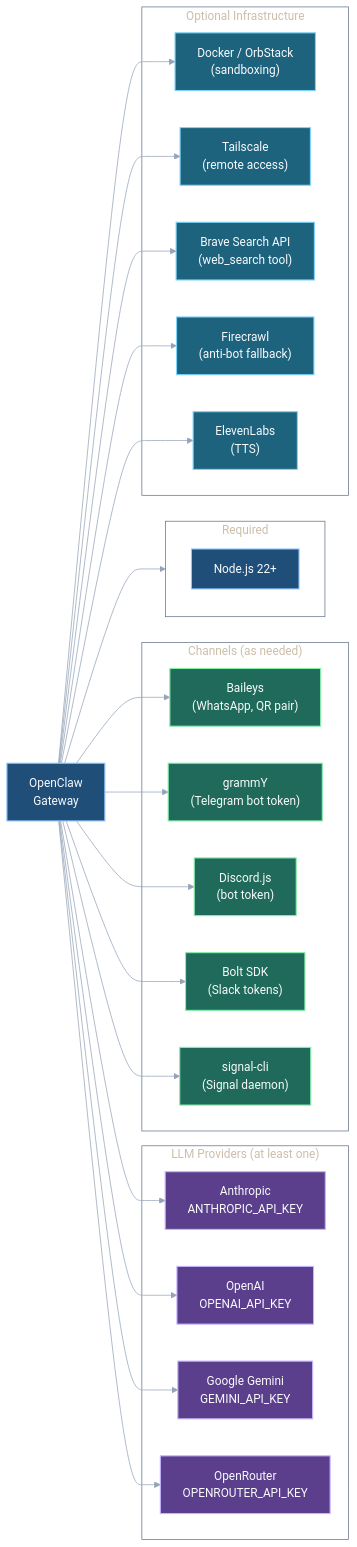
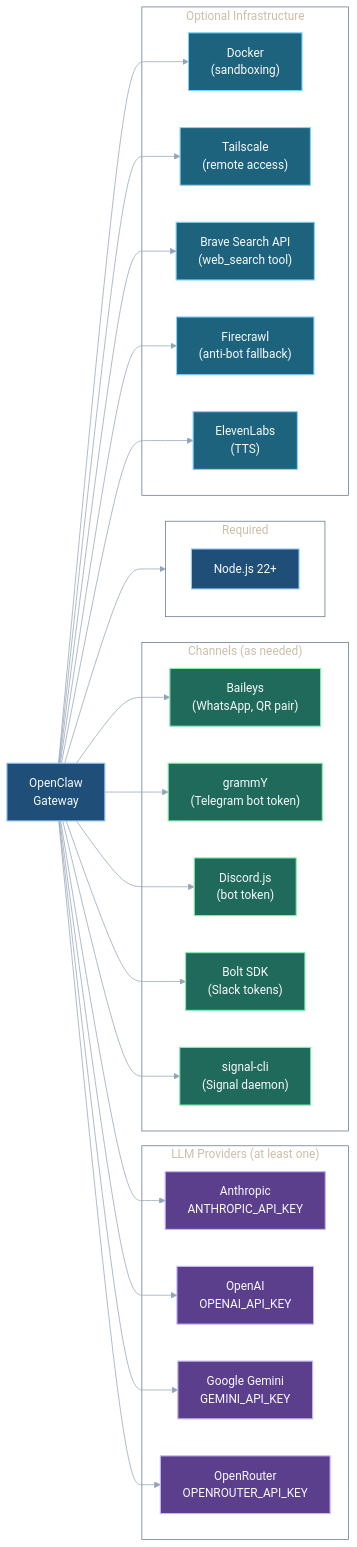
The fourth of 17 diagrams in content/docs/architecture.md (IT-HUSET/openclaw-guide), drawn with Mermaid before and after one commit. The commit also changed other lines of this file and 14 other files, not shown here.

````diff
--- a/content/docs/architecture.md
+++ b/content/docs/architecture.md
@@ -255,45 +255,45 @@
 ```mermaid
 %%{init: { "theme": "base", "themeVariables": { "fontFamily": "ui-sans-serif, -apple-system, BlinkMacSystemFont, Segoe UI, Helvetica, Arial", "primaryColor": "#1F4E79", "primaryBorderColor": "#93C5FD", "primaryTextColor": "#F8FAFC", "lineColor": "#94A3B8", "secondaryColor": "#334155", "tertiaryColor": "#334155", "clusterBkg": "transparent", "clusterBorder": "#64748B", "background": "transparent" } }}%%
 graph LR
     subgraph Required
         NODE["Node.js 22+"]
     end
 
     subgraph "LLM Providers (at least one)"
         ANTH["Anthropic<br/>ANTHROPIC_API_KEY"]
         OPENAI["OpenAI<br/>OPENAI_API_KEY"]
         GEMINI["Google Gemini<br/>GEMINI_API_KEY"]
         OPENR["OpenRouter<br/>OPENROUTER_API_KEY"]
     end
 
     subgraph "Channels (as needed)"
         BAILEYS["Baileys<br/>(WhatsApp, QR pair)"]
         GRAMMY["grammY<br/>(Telegram bot token)"]
         DISCORDJS["Discord.js<br/>(bot token)"]
         BOLT["Bolt SDK<br/>(Slack tokens)"]
         SIGCLI["signal-cli<br/>(Signal daemon)"]
     end
 
     subgraph "Optional Infrastructure"
-        DOCKER["Docker / OrbStack<br/>(sandboxing)"]
+        DOCKER["Docker<br/>(sandboxing)"]
         TS_CLI["Tailscale<br/>(remote access)"]
         BRAVE["Brave Search API<br/>(web_search tool)"]
         FIRE["Firecrawl<br/>(anti-bot fallback)"]
         ELEVEN["ElevenLabs<br/>(TTS)"]
     end
 
     OC["OpenClaw<br/>Gateway"] --> Required
     OC --> ANTH & OPENAI & GEMINI & OPENR
     OC --> BAILEYS & GRAMMY & DISCORDJS & BOLT & SIGCLI
     OC --> DOCKER & TS_CLI & BRAVE & FIRE & ELEVEN
 
     classDef coredep fill:#1F4E79,stroke:#93C5FD,color:#F8FAFC,stroke-width:1.5px
     classDef providerdep fill:#5B3E8C,stroke:#C4B5FD,color:#F8FAFC,stroke-width:1.5px
     classDef channeldep fill:#1F6A5A,stroke:#86EFAC,color:#F8FAFC,stroke-width:1.5px
     classDef optdep fill:#1E637D,stroke:#7DD3FC,color:#F8FAFC,stroke-width:1.5px
 
     class OC,NODE coredep
     class ANTH,OPENAI,GEMINI,OPENR providerdep
     class BAILEYS,GRAMMY,DISCORDJS,BOLT,SIGCLI channeldep
     class DOCKER,TS_CLI,BRAVE,FIRE,ELEVEN optdep
 ```
````
